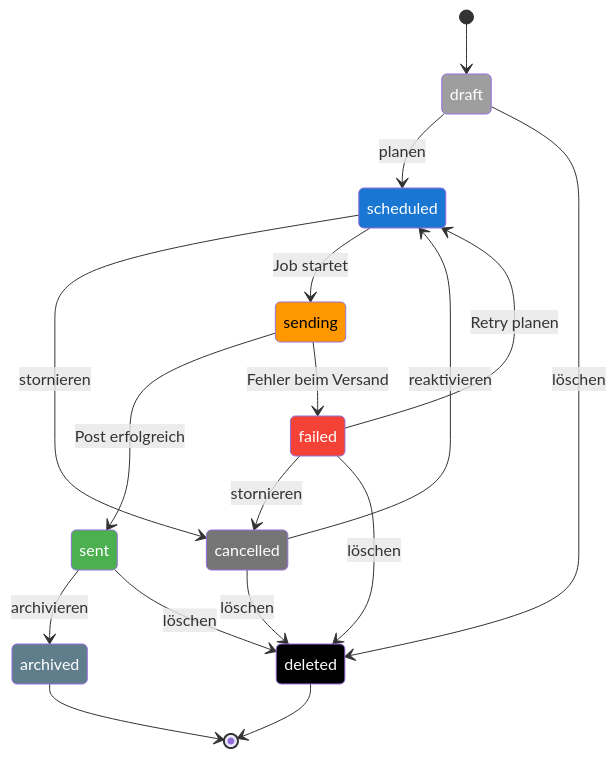
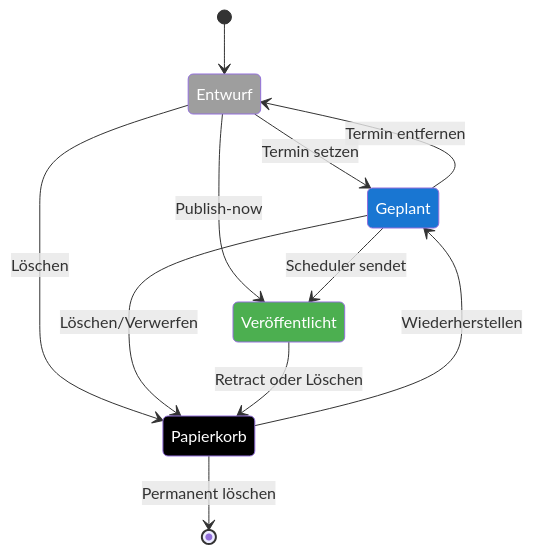
Before and after one commit to mkueper/BSky-Kampagnen-Bot: the diagram in docs/diagramme/lebenszyklus_skeet.md, drawn with Mermaid. The commit also changed 15 other files, not shown here.

````diff
--- a/docs/diagramme/lebenszyklus_skeet.md
+++ b/docs/diagramme/lebenszyklus_skeet.md
@@ -5,44 +5,27 @@
 ```mermaid
 stateDiagram-v2
-  state "draft" as draft_state
-  state "scheduled" as scheduled_state
-  state "sending" as sending_state
-  state "sent" as sent_state
-  state "failed" as failed_state
-  state "cancelled" as cancelled_state
-  state "archived" as archived_state
-  state "deleted" as deleted_state
+  state "Entwurf" as draft_state
+  state "Geplant" as planned_state
+  state "Veröffentlicht" as published_state
+  state "Papierkorb" as trash_state
 
   style draft_state fill:#9e9e9e,color:#fff
-  style scheduled_state fill:#1976d2,color:#fff
-  style sending_state fill:#ff9800,color:#000
-  style sent_state fill:#4caf50,color:#fff
-  style failed_state fill:#f44336,color:#fff
-  style cancelled_state fill:#757575,color:#fff
-  style archived_state fill:#607d8b,color:#fff
-  style deleted_state fill:#000000,color:#fff
+  style planned_state fill:#1976d2,color:#fff
+  style published_state fill:#4caf50,color:#fff
+  style trash_state fill:#000000,color:#fff
 
   [*] --> draft_state
 
-  draft_state --> scheduled_state: planen
-  draft_state --> deleted_state: löschen
+  draft_state --> planned_state: Termin setzen
+  draft_state --> published_state: Publish-now
+  draft_state --> trash_state: Löschen
 
-  scheduled_state --> cancelled_state: stornieren
-  scheduled_state --> sending_state: Job startet
+  planned_state --> draft_state: Termin entfernen
+  planned_state --> published_state: Scheduler sendet
+  planned_state --> trash_state: Löschen/Verwerfen
 
-  sending_state --> sent_state: Post erfolgreich
-  sending_state --> failed_state: Fehler beim Versand
+  published_state --> trash_state: Retract oder Löschen
 
-  failed_state --> scheduled_state: Retry planen
-  failed_state --> cancelled_state: stornieren
-  failed_state --> deleted_state: löschen
-
-  cancelled_state --> scheduled_state: reaktivieren
-  cancelled_state --> deleted_state: löschen
-
-  sent_state --> archived_state: archivieren
-  sent_state --> deleted_state: löschen
-
-  deleted_state --> [*]
-  archived_state --> [*]
+  trash_state --> planned_state: Wiederherstellen
+  trash_state --> [*]: Permanent löschen
 ```
````
